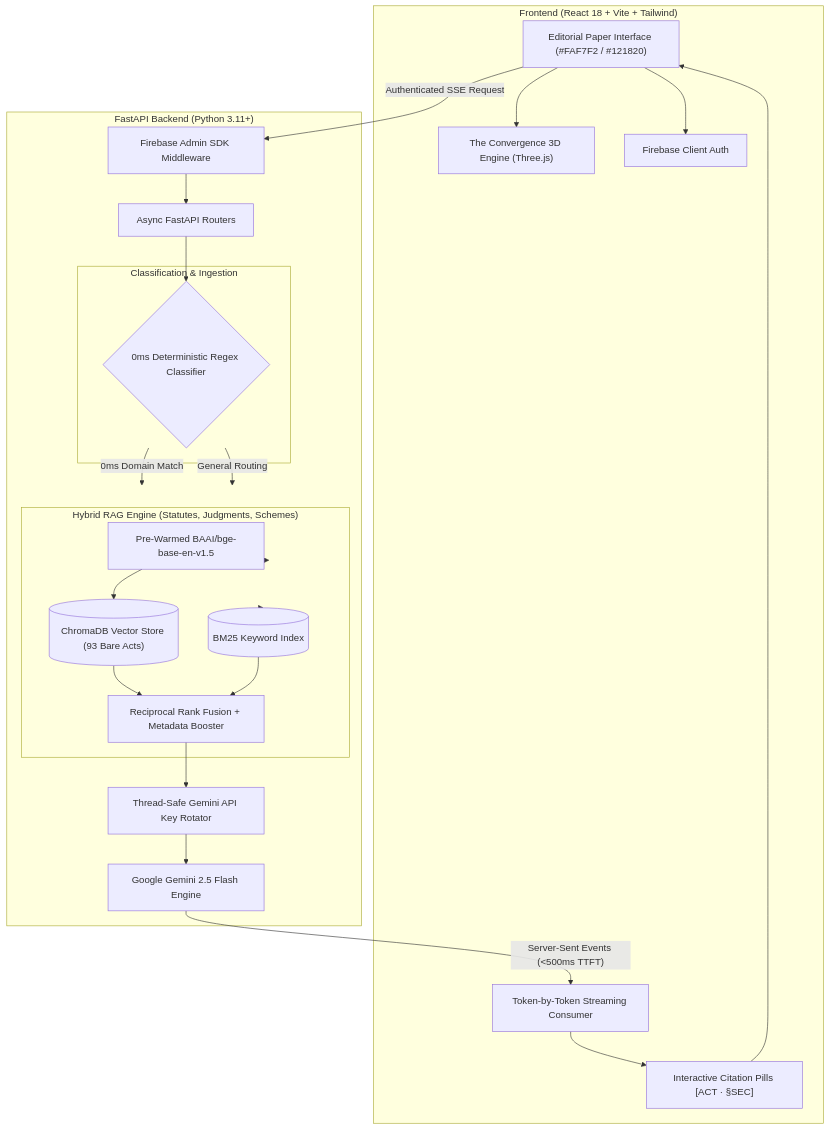
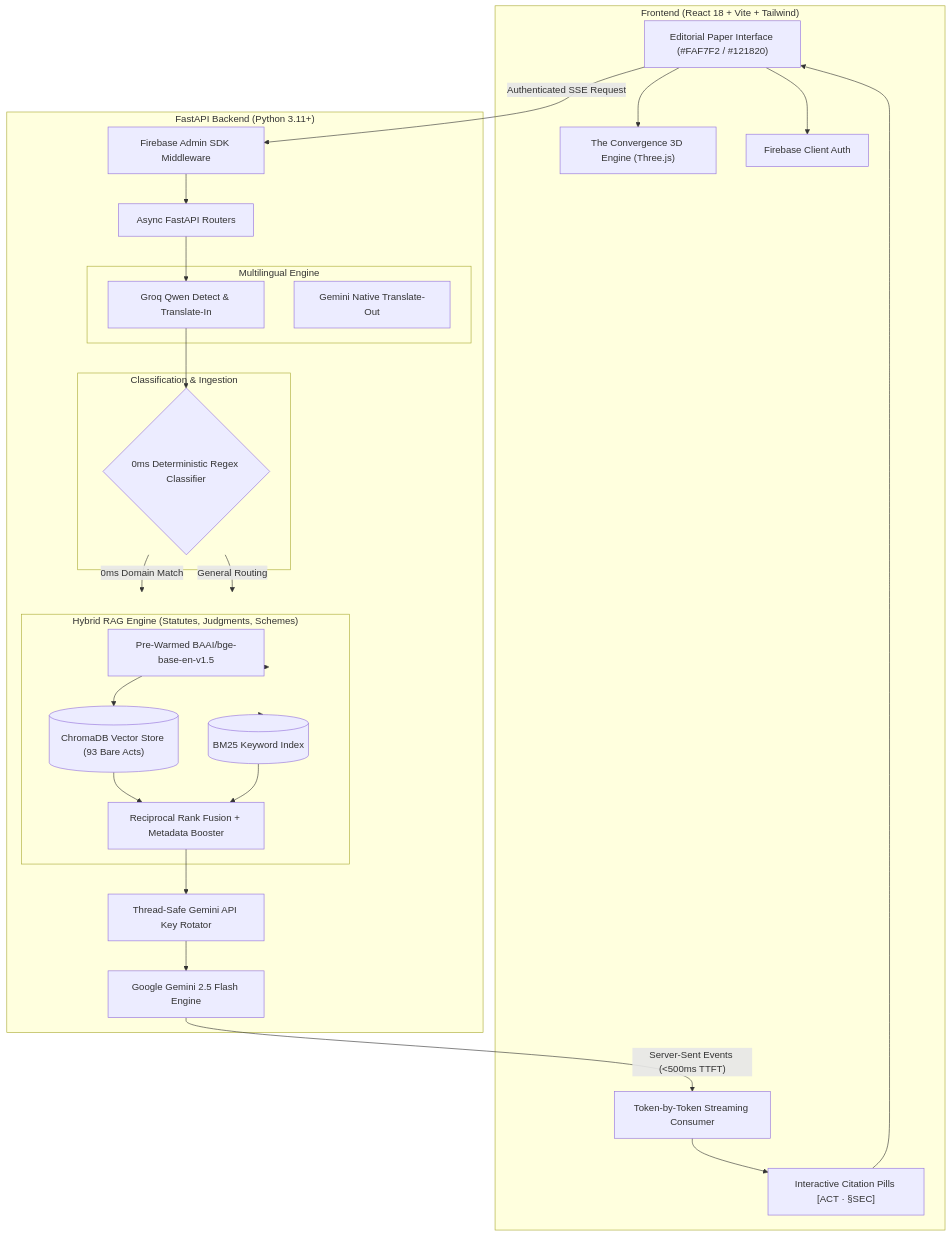
One commit to OOSC-4-0-Hackathon/OOSC_4.0-AI_SLAYERS changed the diagram in README.md. Above: the diagram before and after it, drawn with Mermaid. The commit also changed other lines of this file, not shown here.

````diff
--- a/README.md
+++ b/README.md
@@ -115,48 +115,54 @@
 ```mermaid
 flowchart TD
     subgraph Client ["Frontend (React 18 + Vite + Tailwind)"]
         UI["Editorial Paper Interface (#FAF7F2 / #121820)"]
         Conv["The Convergence 3D Engine (Three.js)"]
         CitPill["Interactive Citation Pills [ACT · §SEC]"]
         Stream["Token-by-Token Streaming Consumer"]
         FAuth["Firebase Client Auth"]
     end
 
     subgraph Backend ["FastAPI Backend (Python 3.11+)"]
         AuthMid["Firebase Admin SDK Middleware"]
         Router["Async FastAPI Routers"]
+        
+        subgraph TranslationLayer ["Multilingual Engine"]
+            DetectTrans["Groq Qwen Detect & Translate-In"]
+            GeminiTrans["Gemini Native Translate-Out"]
+        end
         
         subgraph RoutingEngine ["Classification & Ingestion"]
             RegexRouter{"0ms Deterministic Regex Classifier"}
         end
         
         subgraph RAGCore ["Hybrid RAG Engine (Statutes, Judgments, Schemes)"]
             Embedder["Pre-Warmed BAAI/bge-base-en-v1.5"]
             Chroma[("ChromaDB Vector Store (93 Bare Acts)")]
             BM25[("BM25 Keyword Index")]
             RRF["Reciprocal Rank Fusion + Metadata Booster"]
         end
 
         KeyRotator["Thread-Safe Gemini API Key Rotator"]
         LLM["Google Gemini 2.5 Flash Engine"]
     end
 
     UI --> FAuth
     UI -- "Authenticated SSE Request" --> AuthMid
     AuthMid --> Router
-    Router --> RegexRouter
+    Router --> DetectTrans
+    DetectTrans --> RegexRouter
     
     RegexRouter -- "0ms Domain Match" --> RAGCore
     RegexRouter -- "General Routing" --> RAGCore
     
     RAGCore --> Embedder
     Embedder --> Chroma
     RAGCore --> BM25
     Chroma & BM25 --> RRF
     RRF --> KeyRotator
     KeyRotator --> LLM
     LLM -- "Server-Sent Events (<500ms TTFT)" --> Stream
     Stream --> CitPill
     CitPill --> UI
     UI --> Conv
 ```
````
